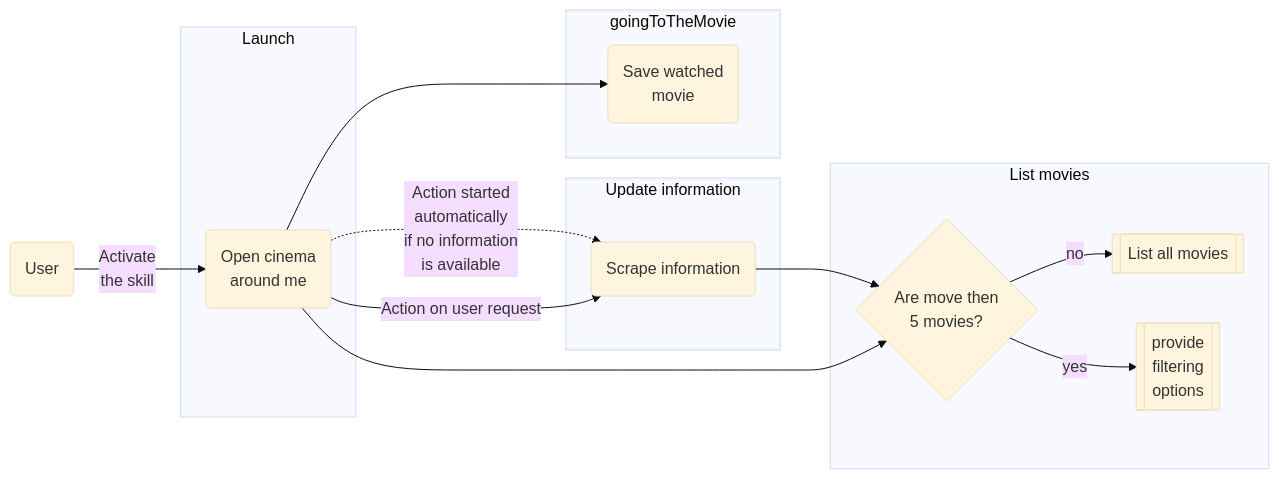
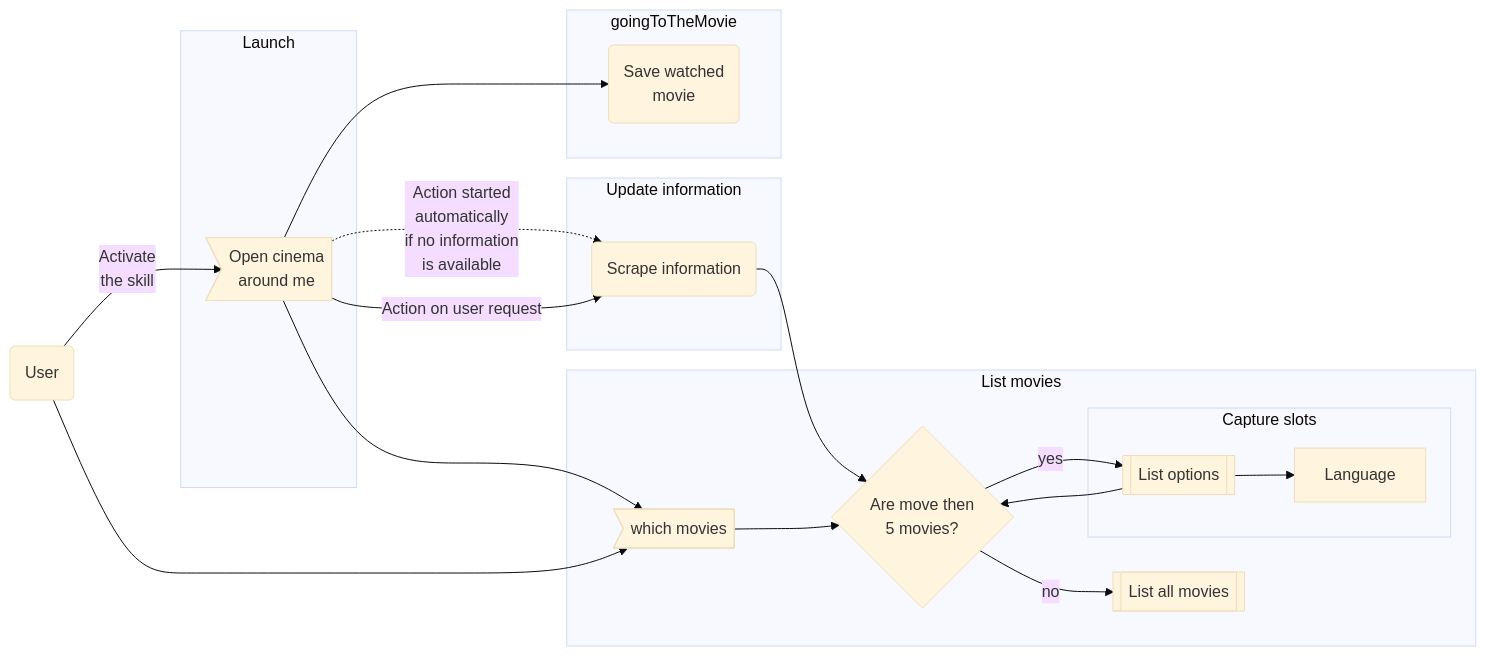
One commit to udelledo/udelledo.github.io changed the second of 2 diagrams in alexa/alexa_day_05_interactions.md. Above: the diagram before and after it, drawn with Mermaid (base theme). The commit also changed other lines of this file and 2 other files, not shown here.

Commit message:
Day 5 interaction reviews

````diff
--- a/alexa/alexa_day_05_interactions.md
+++ b/alexa/alexa_day_05_interactions.md
@@ -24,22 +24,29 @@
 ```mermaid
 flowchart LR
     subgraph launch[Launch]
-        activate(Open cinema \naround me)
+        activate>Open cinema \naround me]
     end
     user(User) -->|Activate\nthe skill| activate
     subgraph update[Update information]
         scrape(Scrape information)  
     end
     activate -.->|Action started\nautomatically\nif no information\n is available| scrape
     activate -->|Action on user request| scrape
     scrape-->movieNumber
-    activate --> movieNumber
+    activate --> which
     subgraph listGraph[List movies]
+        which>which movies]
         movieNumber{Are move then\n5 movies?} -->|no| list[[List all movies]]
-        movieNumber -->|yes| filtering[[provide\nfiltering\noptions]]
+        movieNumber -->|yes| capturingOption
+        capturingOption --> movieNumber
+        subgraph capture[Capture slots]
+        capturingOption[[List options]] --> language[Language]
+        end
     end
     subgraph goingToTheMovie
         movieWatched(Save watched\nmovie)
     end
     activate --> movieWatched
+    user-->which
+    which-->movieNumber
 ```
````
